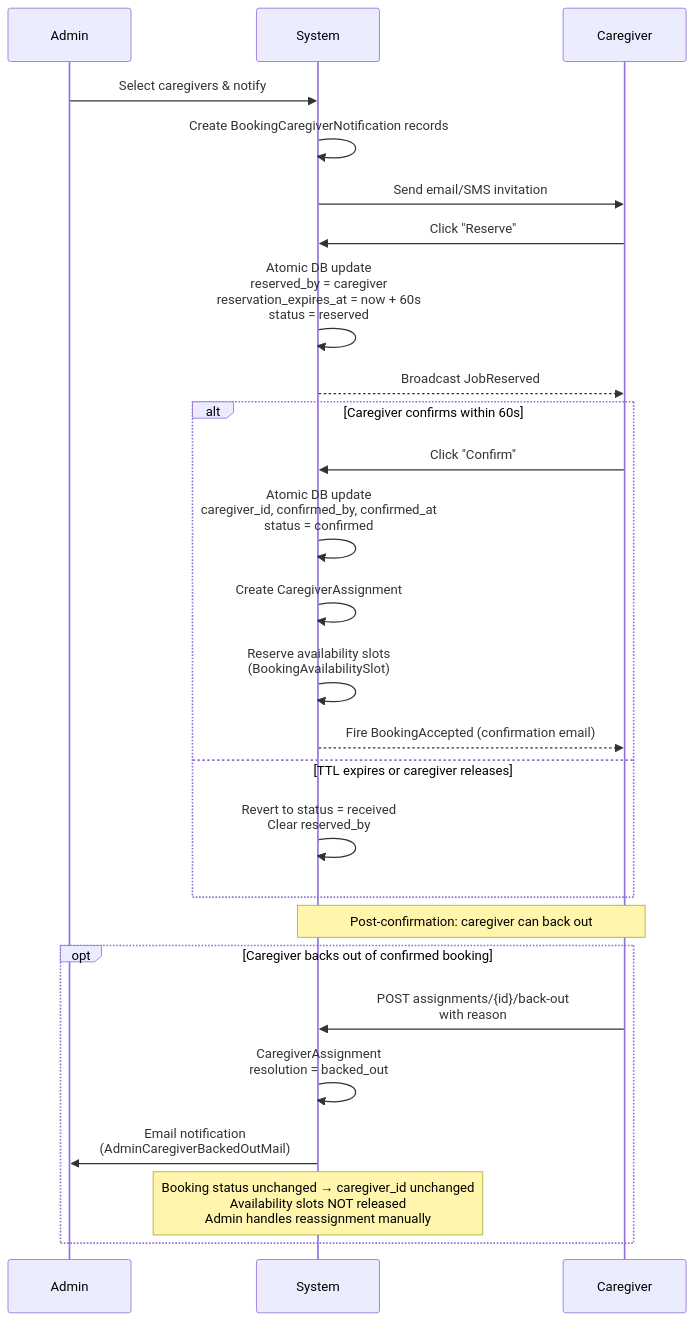
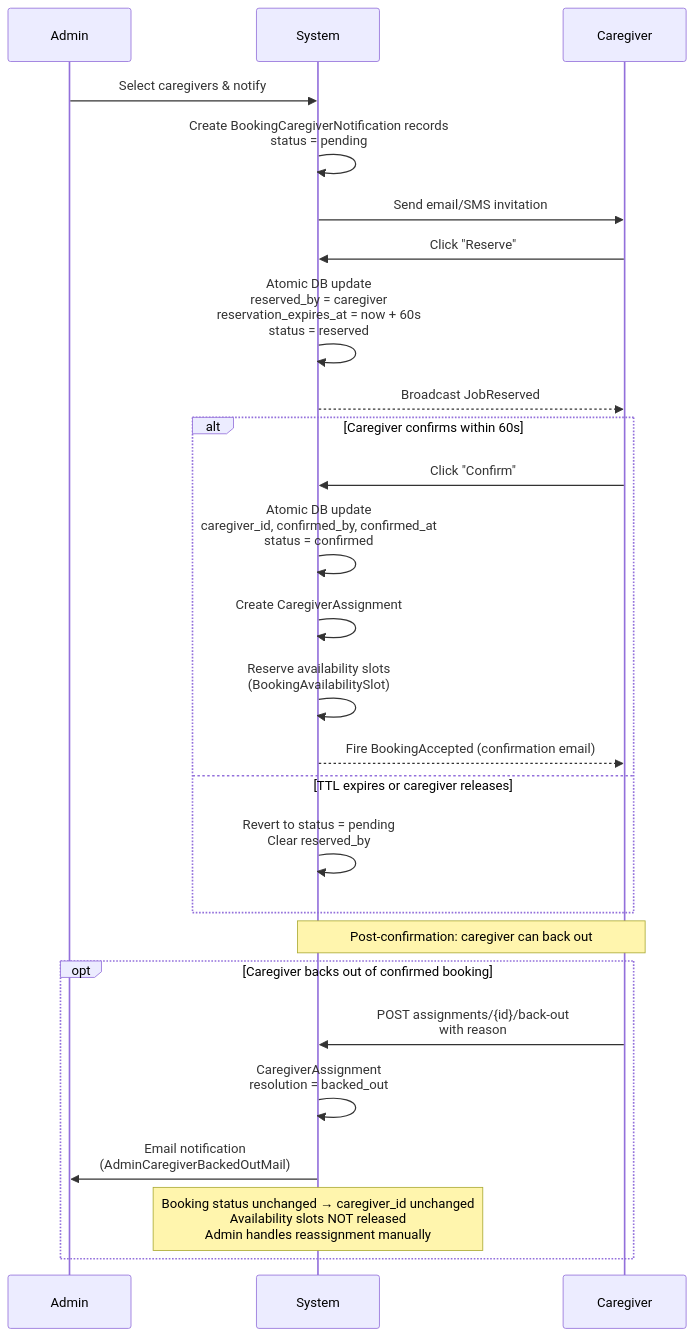
The third of 12 diagrams in docs/booking-flow.md (r00t4bl3/sitterwise), drawn with Mermaid before and after one commit. The commit also changed other lines of this file and 93 other files, not shown here.

````diff
--- a/docs/booking-flow.md
+++ b/docs/booking-flow.md
@@ -69,33 +71,33 @@
 ```mermaid
 sequenceDiagram
     participant Admin
     participant System
     participant Caregiver
 
     Admin->>System: Select caregivers & notify
-    System->>System: Create BookingCaregiverNotification records
+    System->>System: Create BookingCaregiverNotification records<br/>status = pending
     System->>Caregiver: Send email/SMS invitation
 
     Caregiver->>System: Click "Reserve"
     System->>System: Atomic DB update<br/>reserved_by = caregiver<br/>reservation_expires_at = now + 60s<br/>status = reserved
     System-->>Caregiver: Broadcast JobReserved
 
     alt Caregiver confirms within 60s
         Caregiver->>System: Click "Confirm"
         System->>System: Atomic DB update<br/>caregiver_id, confirmed_by, confirmed_at<br/>status = confirmed
         System->>System: Create CaregiverAssignment
         System->>System: Reserve availability slots<br/>(BookingAvailabilitySlot)
         System-->>Caregiver: Fire BookingAccepted (confirmation email)
     else TTL expires or caregiver releases
-        System->>System: Revert to status = received<br/>Clear reserved_by
+        System->>System: Revert to status = pending<br/>Clear reserved_by
     end
 
     Note over Caregiver,System: Post-confirmation: caregiver can back out
 
     opt Caregiver backs out of confirmed booking
         Caregiver->>System: POST assignments/{id}/back-out<br/>with reason
         System->>System: CaregiverAssignment<br/>resolution = backed_out
         System->>Admin: Email notification<br/>(AdminCaregiverBackedOutMail)
         Note over System: Booking status unchanged → caregiver_id unchanged<br/>Availability slots NOT released<br/>Admin handles reassignment manually
     end
 ```
````
